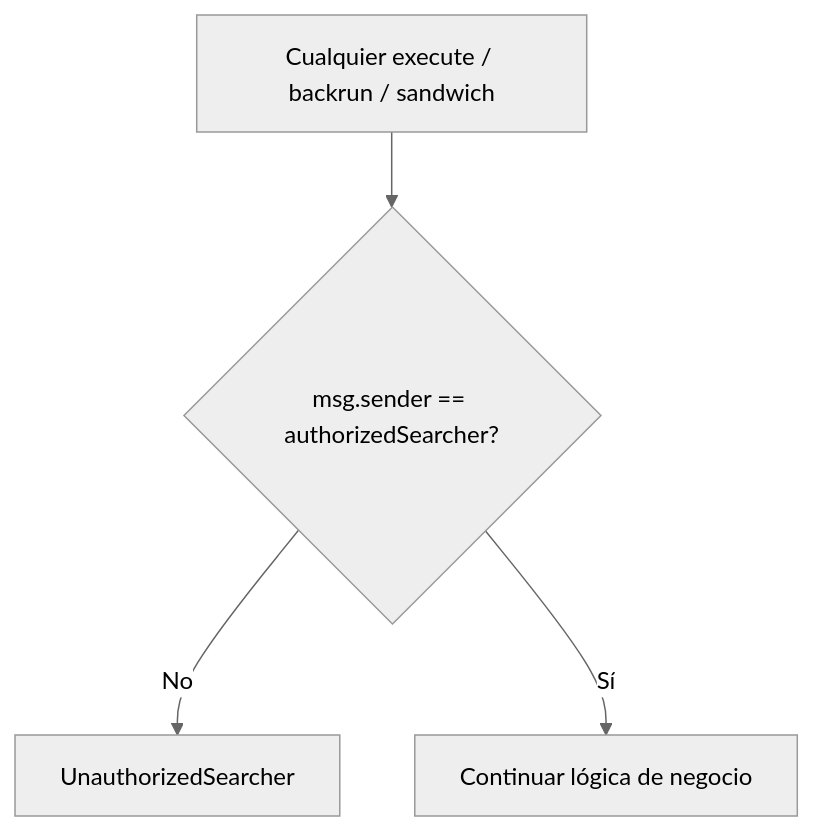
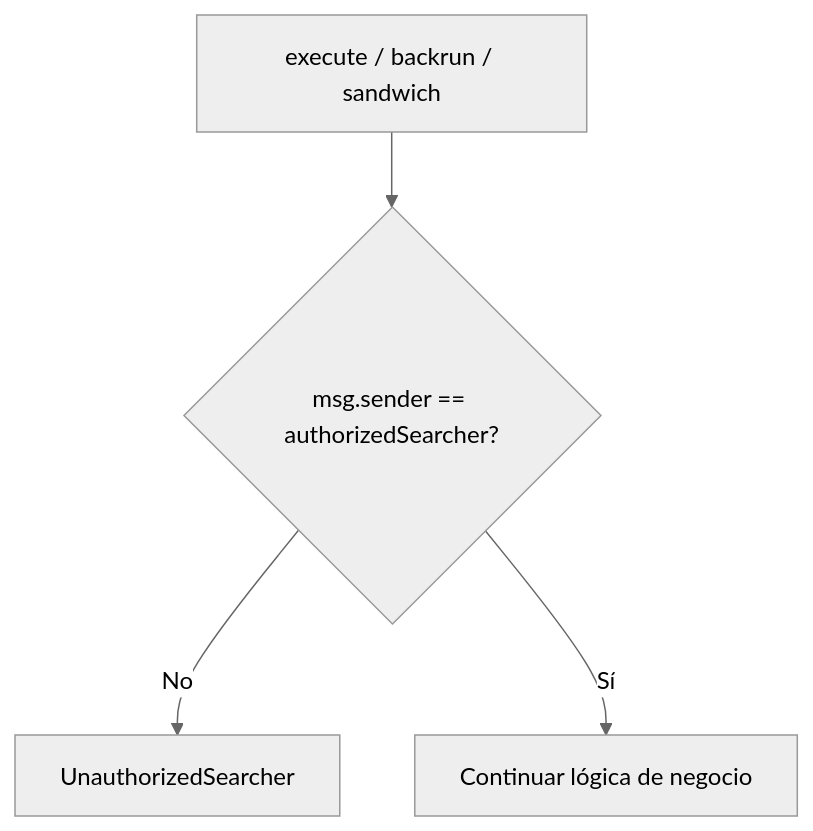
Before and after one commit to rastrahm/mev-hft-infra: the sixth of 9 diagrams in doc/diagrama-de-flujo.md, drawn with Mermaid (neutral theme). The commit also changed other lines of this file and 5 other files, not shown here.

````diff
--- a/doc/diagrama-de-flujo.md
+++ b/doc/diagrama-de-flujo.md
@@ -100,6 +102,6 @@
 ```mermaid
 flowchart TD
-    A[Cualquier execute / backrun / sandwich] --> B{msg.sender == authorizedSearcher?}
+    A[execute / backrun / sandwich] --> B{msg.sender == authorizedSearcher?}
     B -->|No| C[UnauthorizedSearcher]
     B -->|Sí| D[Continuar lógica de negocio]
 ```
````
